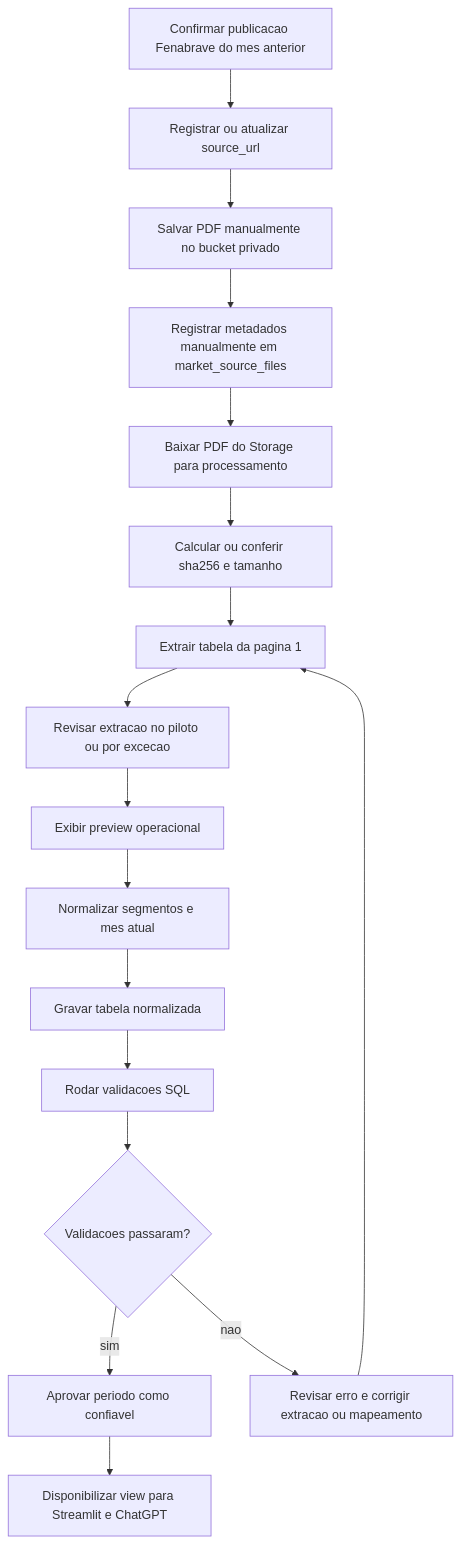
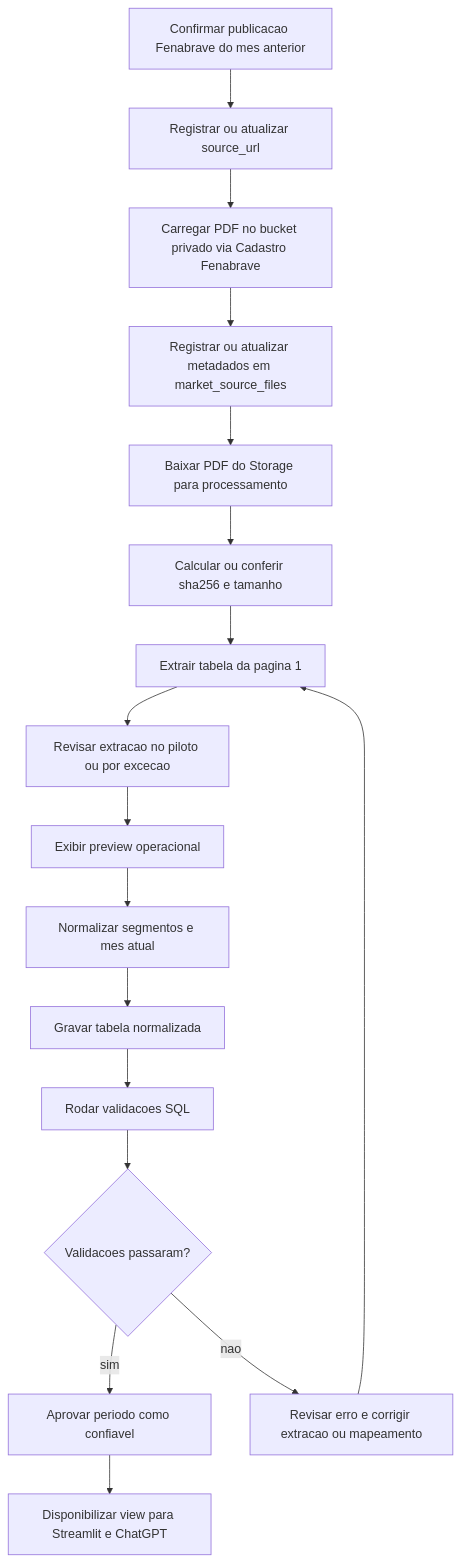
One commit to artamaral/social_media-analytics changed the diagram in docs/external_data/23_FENABRAVE_PHASE1_INGESTION_SPEC.md. Above: the diagram before and after it, drawn with Mermaid. The commit also changed other lines of this file and 4 other files, not shown here.

Commit message:
feat(fenabrave): adiciona upload de pdf com pasta por periodo

````diff
--- a/docs/external_data/23_FENABRAVE_PHASE1_INGESTION_SPEC.md
+++ b/docs/external_data/23_FENABRAVE_PHASE1_INGESTION_SPEC.md
@@ -114,23 +114,23 @@
 ```mermaid
 flowchart TD
   A["Confirmar publicacao Fenabrave do mes anterior"]
   B["Registrar ou atualizar source_url"]
-  C["Salvar PDF manualmente no bucket privado"]
-  D["Registrar metadados manualmente em market_source_files"]
+  C["Carregar PDF no bucket privado via Cadastro Fenabrave"]
+  D["Registrar ou atualizar metadados em market_source_files"]
   E["Baixar PDF do Storage para processamento"]
   F["Calcular ou conferir sha256 e tamanho"]
   G["Extrair tabela da pagina 1"]
   H["Revisar extracao no piloto ou por excecao"]
   I["Exibir preview operacional"]
   J["Normalizar segmentos e mes atual"]
   K["Gravar tabela normalizada"]
   L["Rodar validacoes SQL"]
   M{"Validacoes passaram?"}
   N["Aprovar periodo como confiavel"]
   O["Disponibilizar view para Streamlit e ChatGPT"]
   P["Revisar erro e corrigir extracao ou mapeamento"]
 
   A --> B --> C --> D --> E --> F --> G --> H --> I --> J --> K --> L --> M
   M -->|sim| N --> O
   M -->|nao| P --> G
 ```
````
